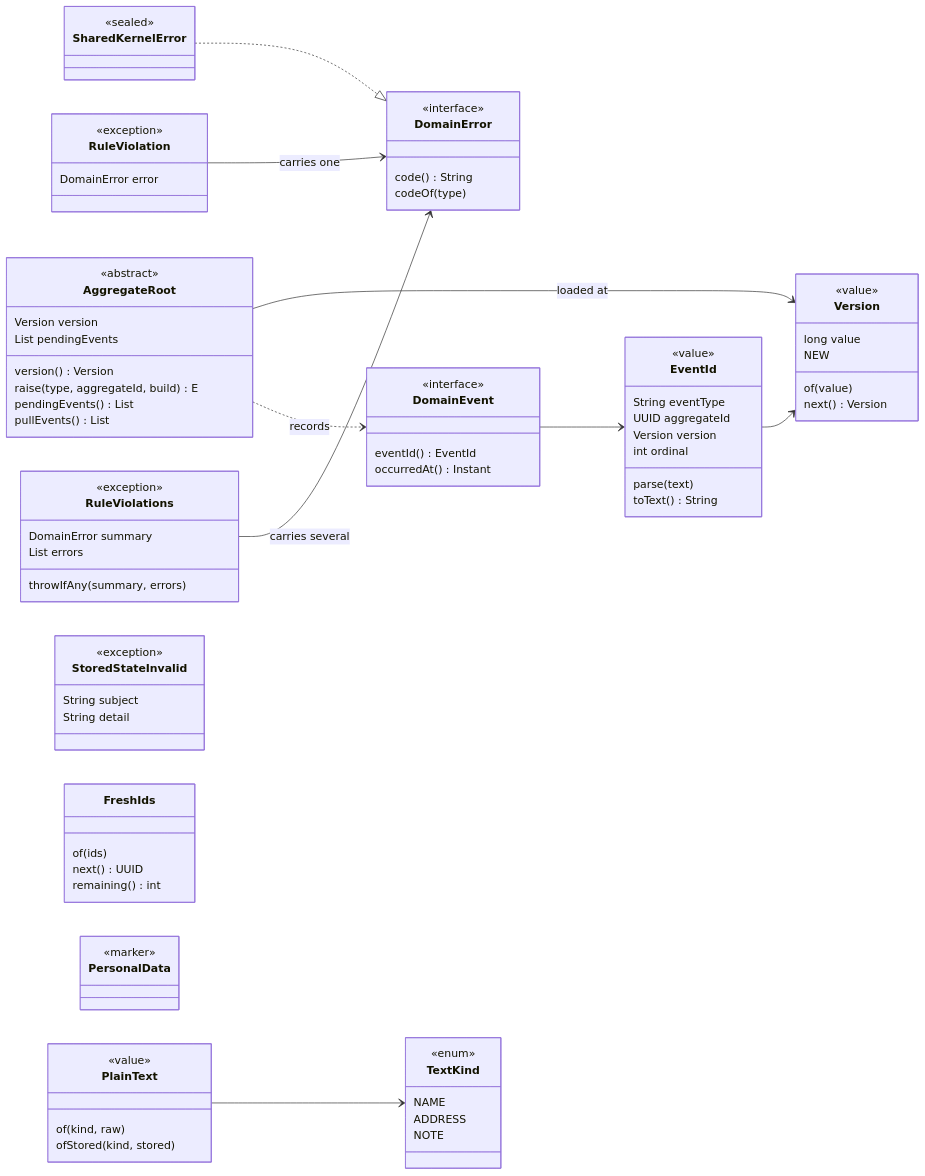
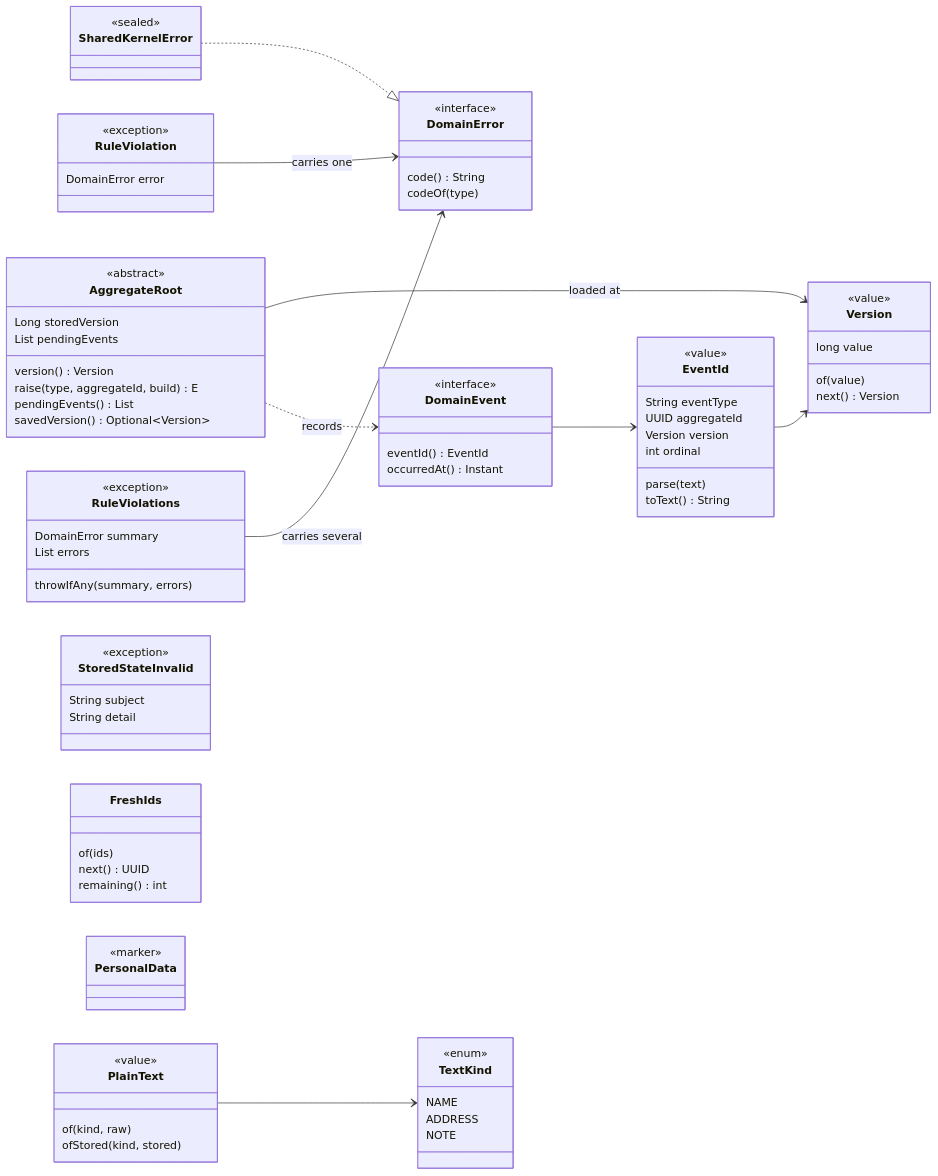
One commit to NaimElijah/DispatchFlow changed the third of 29 diagrams in docs/architecture/domain_layer/domain_layer_visual_guide.md. Above: the diagram before and after it, drawn with Mermaid. The commit also changed other lines of this file and 239 other files, not shown here.

```diff
--- a/docs/architecture/domain_layer/domain_layer_visual_guide.md
+++ b/docs/architecture/domain_layer/domain_layer_visual_guide.md
@@ -213,17 +220,16 @@
   direction LR
   class AggregateRoot {
     <<abstract>>
-    Version version
+    Long storedVersion
     List pendingEvents
     version() Version
     raise(type, aggregateId, build) E
     pendingEvents() List
-    pullEvents() List
+    savedVersion() Optional~Version~
   }
   class Version {
     <<value>>
     long value
-    NEW
     of(value)
     next() Version
   }
```
